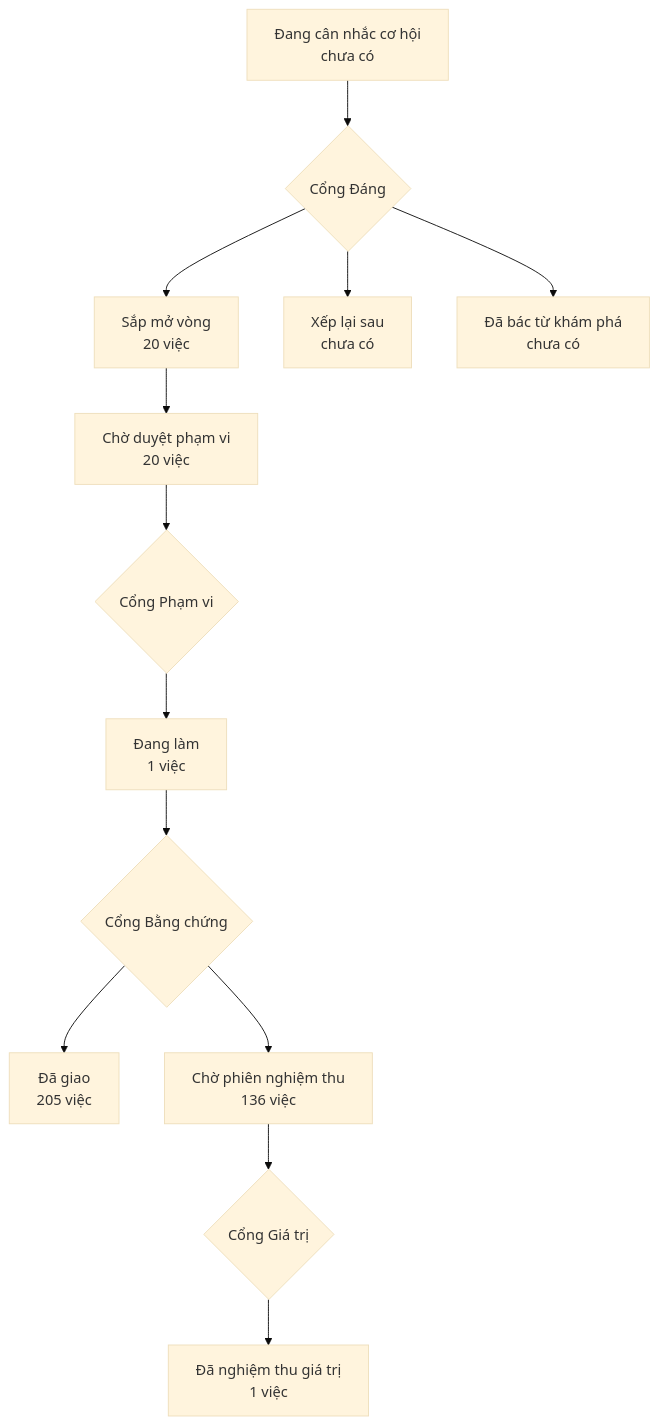
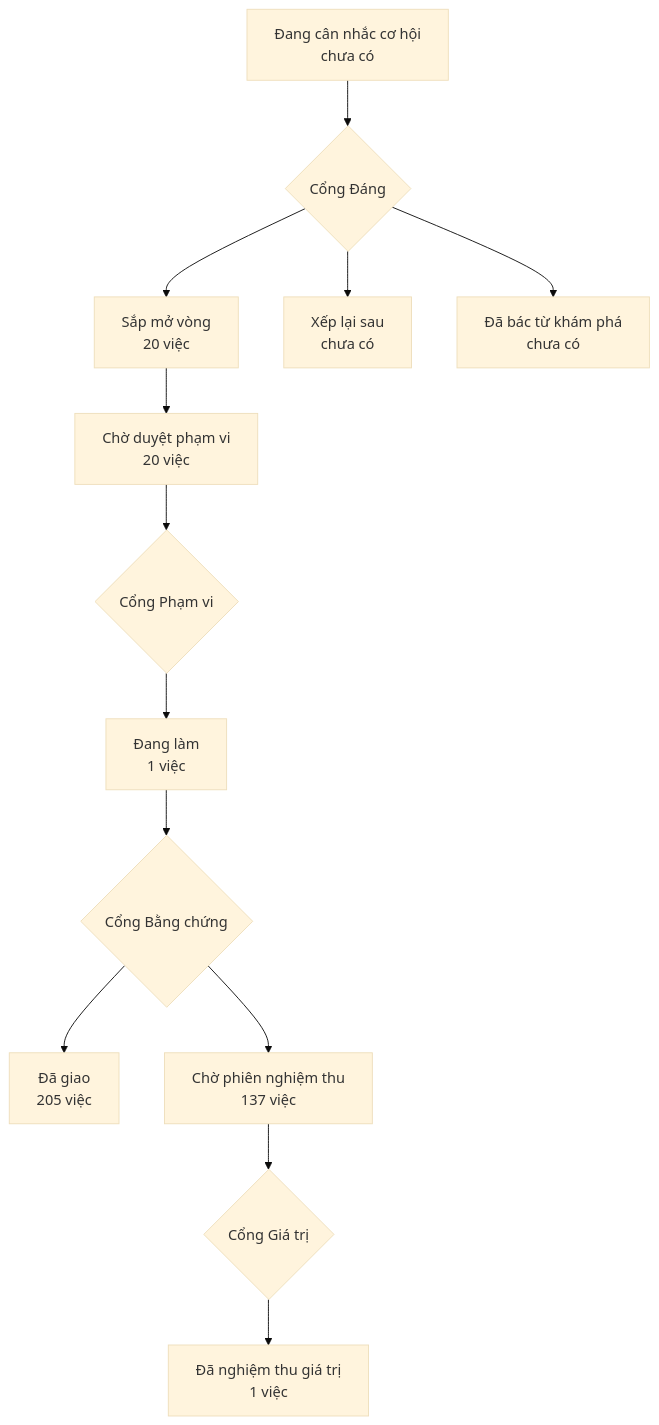
Before and after one commit to phanlemanh/onehub-invest: the diagram in PRODUCT-MAP.md, drawn with Mermaid (base theme). The commit also changed other lines of this file and 3 other files, not shown here.

````diff
--- a/PRODUCT-MAP.md
+++ b/PRODUCT-MAP.md
@@ -7,12 +7,12 @@
 ```mermaid
 flowchart TD
   A["Đang cân nhắc cơ hội<br/>chưa có"] --> GD{"Cổng Đáng"}
   GD --> B["Sắp mở vòng<br/>20 việc"]
   GD --> XL["Xếp lại sau<br/>chưa có"]
   GD --> DB["Đã bác từ khám phá<br/>chưa có"]
   B --> CD["Chờ duyệt phạm vi<br/>20 việc"] --> GP{"Cổng Phạm vi"}
   GP --> DL["Đang làm<br/>1 việc"] --> GB{"Cổng Bằng chứng"}
   GB --> DG["Đã giao<br/>205 việc"]
-  GB --> CN["Chờ phiên nghiệm thu<br/>136 việc"] --> GG{"Cổng Giá trị"}
+  GB --> CN["Chờ phiên nghiệm thu<br/>137 việc"] --> GG{"Cổng Giá trị"}
   GG --> NT["Đã nghiệm thu giá trị<br/>1 việc"]
 ```
````
